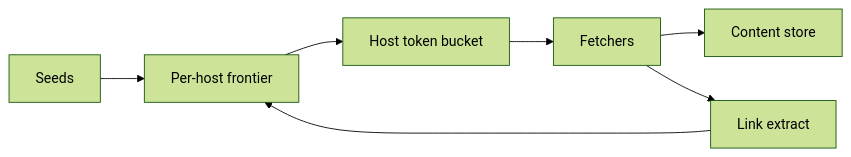
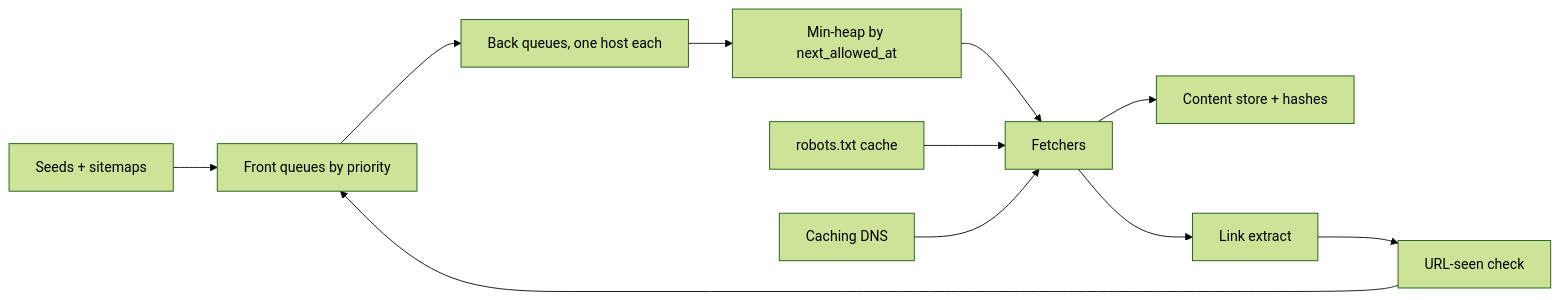
The first of 2 diagrams in days/73-web-crawler.md (arunveersingh/faang-system-design-90-days), drawn with Mermaid (forest theme) before and after one commit. The commit also changed other lines of this file and 2 other files, not shown here.

````diff
--- a/days/73-web-crawler.md
+++ b/days/73-web-crawler.md
@@ -98,9 +137,13 @@
 ```mermaid
 flowchart LR
-  seeds[Seeds] --> front[Per-host frontier]
-  front --> bud[Host token bucket]
-  bud --> fetch[Fetchers]
-  fetch --> store[Content store]
+  seeds[Seeds + sitemaps] --> fq[Front queues by priority]
+  fq --> bq[Back queues, one host each]
+  bq --> heap[Min-heap by next_allowed_at]
+  heap --> fetch[Fetchers]
+  robots[robots.txt cache] --> fetch
+  dns[Caching DNS] --> fetch
+  fetch --> store[Content store + hashes]
   fetch --> parse[Link extract]
-  parse --> front
+  parse --> seen[URL-seen check]
+  seen --> fq
 ```
````
